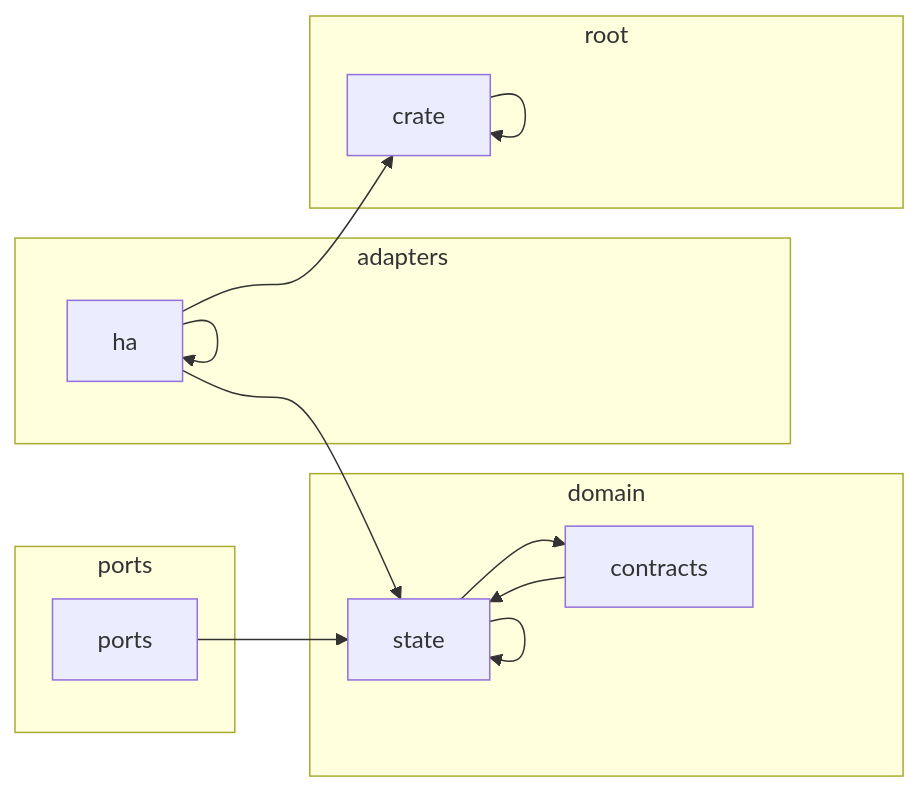
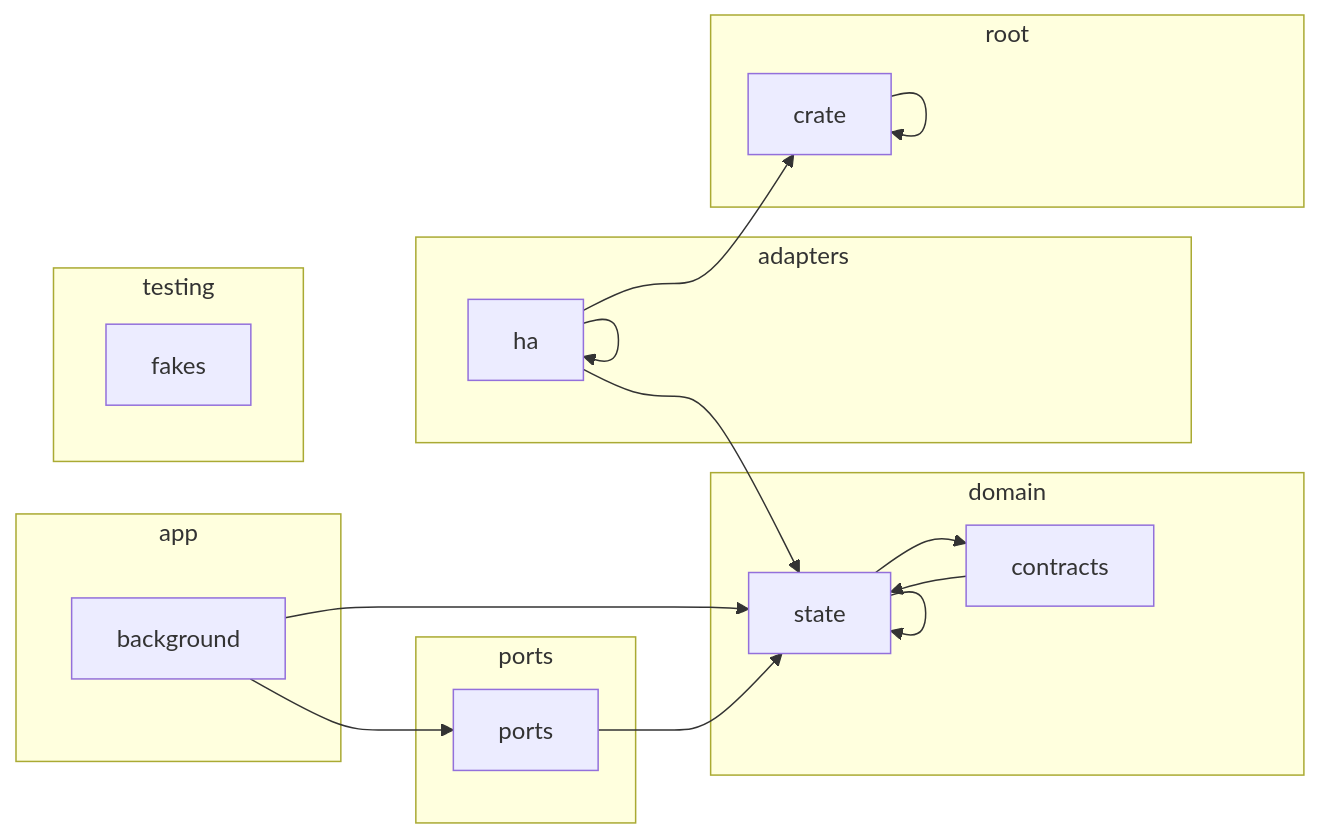
Before and after one commit to louislang/ha-jarvis: the diagram in docs/architecture.md, drawn with Mermaid.

Commit message:
Update the architecture diagram
CI regenerated docs/architecture.md from main.

````diff
--- a/docs/architecture.md
+++ b/docs/architecture.md
@@ -5,24 +5,32 @@
 ```mermaid
 flowchart LR
     subgraph adapters
         crate_adapters_ha[ha]
+    end
+    subgraph app
+        crate_app_background[background]
     end
     subgraph domain
         crate_domain_contracts[contracts]
         crate_domain_state[state]
     end
     subgraph ports
         crate_ports[ports]
     end
     subgraph root
         crate[crate]
     end
+    subgraph testing
+        crate_testing_fakes[fakes]
+    end
     crate --> crate
     crate_adapters_ha --> crate
     crate_adapters_ha --> crate_adapters_ha
     crate_adapters_ha --> crate_domain_state
+    crate_app_background --> crate_domain_state
+    crate_app_background --> crate_ports
     crate_domain_contracts --> crate_domain_state
     crate_domain_state --> crate_domain_contracts
     crate_domain_state --> crate_domain_state
     crate_ports --> crate_domain_state
 ```
````
